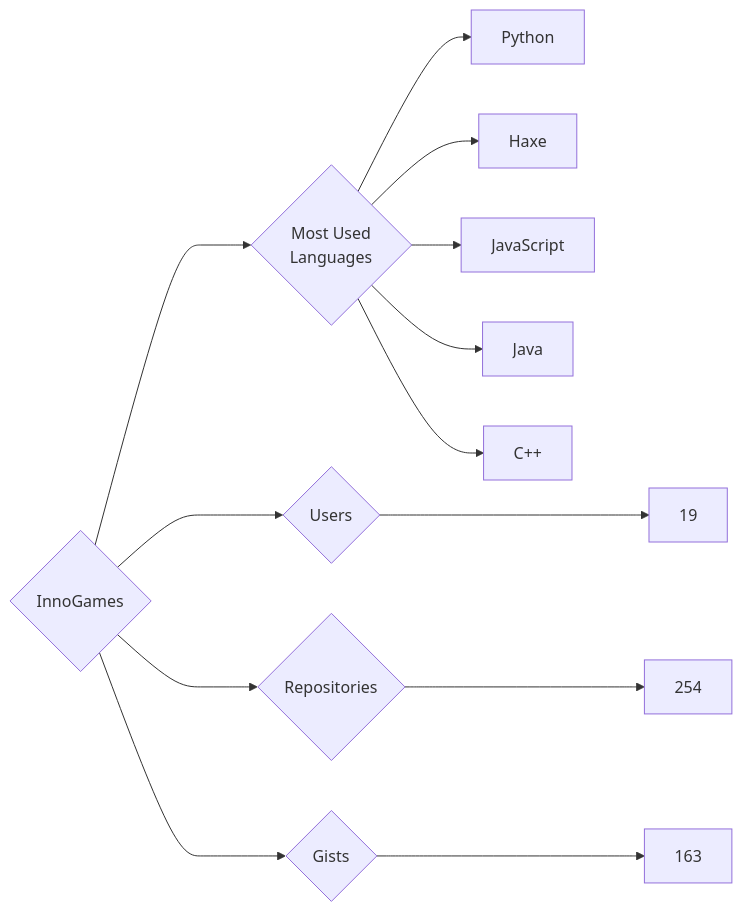
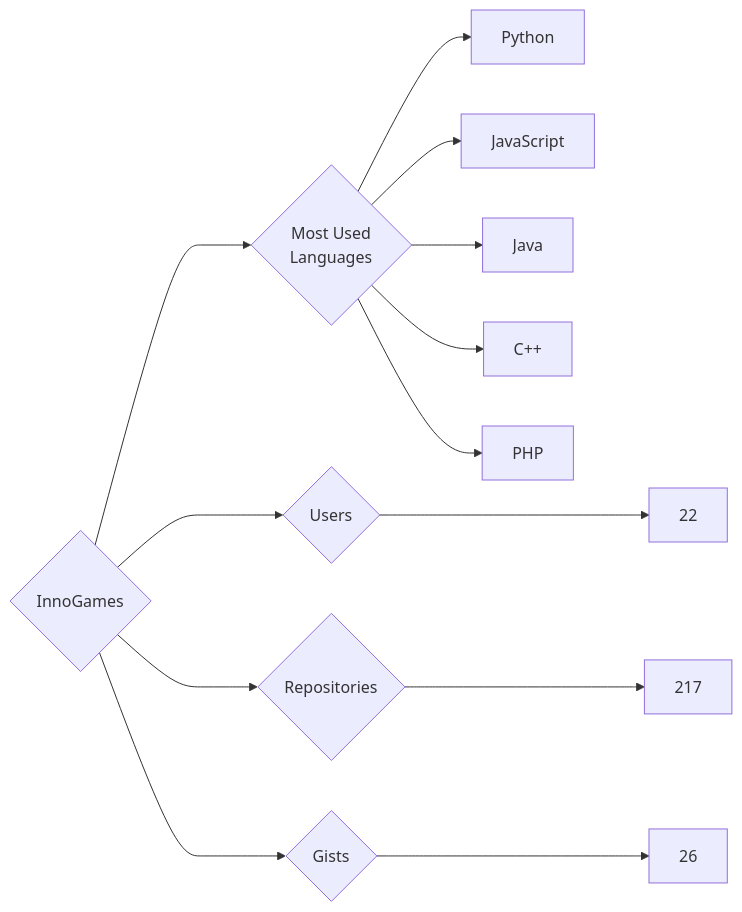
The diagram in targets/InnoGames/README.md (trickest/insiders), drawn with Mermaid before and after one commit. The commit also changed 814 other files, not shown here.

````diff
--- a/targets/InnoGames/README.md
+++ b/targets/InnoGames/README.md
@@ -3,13 +3,13 @@
 ```mermaid
 graph LR
 COMPANY_NAME{InnoGames}
-COMPANY_NAME ---> U{Users} ---> UN[19]
-COMPANY_NAME ---> R{Repositories} ---> RN[254]
-COMPANY_NAME ---> G{Gists} ---> GN[163]
+COMPANY_NAME ---> U{Users} ---> UN[22]
+COMPANY_NAME ---> R{Repositories} ---> RN[217]
+COMPANY_NAME ---> G{Gists} ---> GN[26]
 COMPANY_NAME ---> ML{Most Used<br>Languages}
 ML --> Python[Python]
-ML --> Haxe[Haxe]
 ML --> JavaScript[JavaScript]
 ML --> Java[Java]
 ML --> C++[C++]
+ML --> PHP[PHP]
 ```
````
